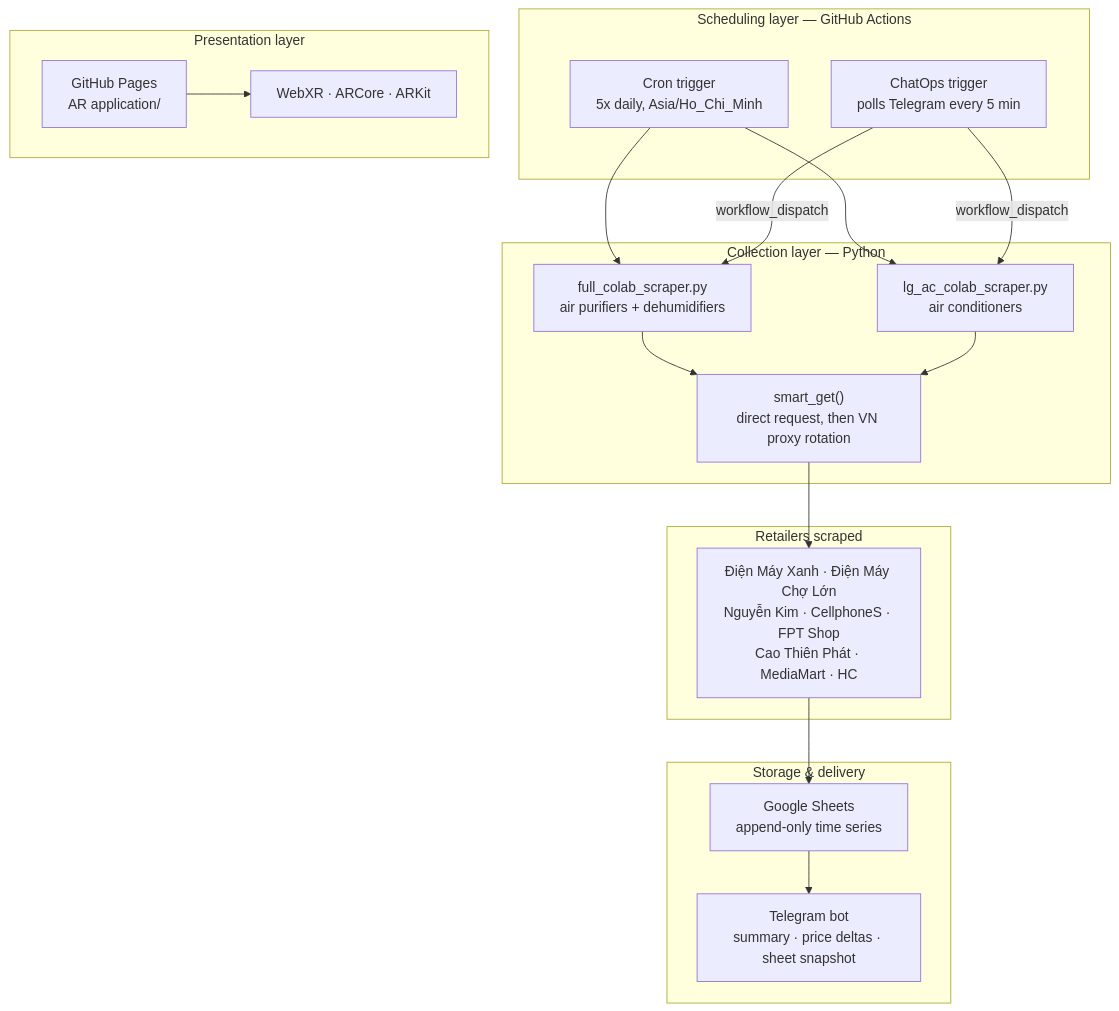
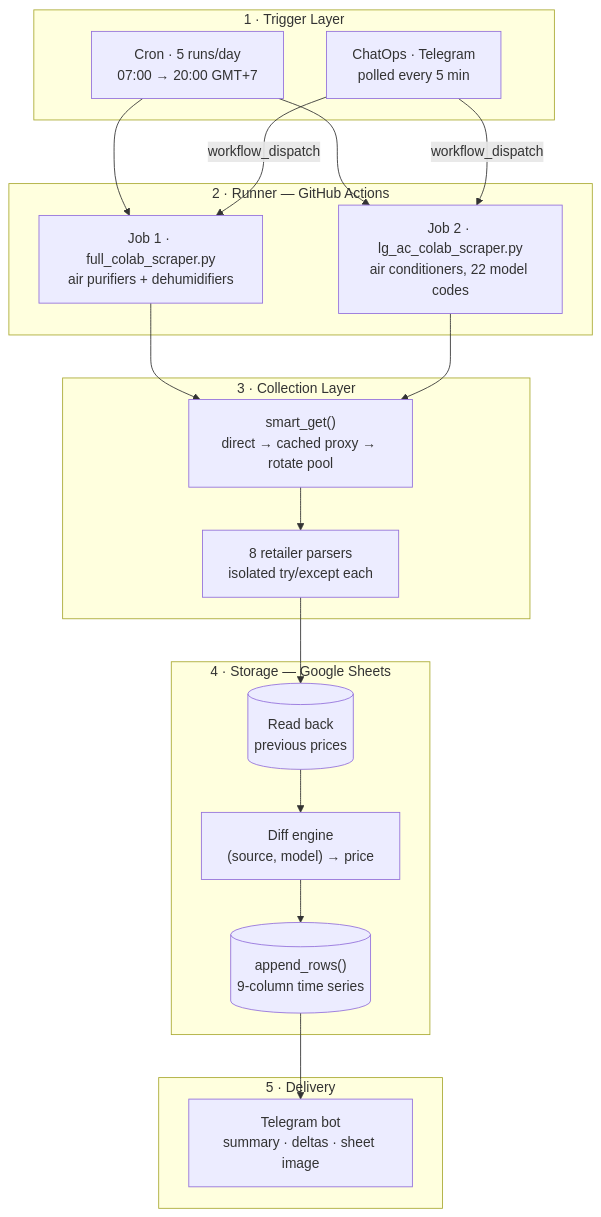
The diagram in README.md (ngtndat/dmx_price_tracker), drawn with Mermaid before and after one commit. The commit also changed other lines of this file and 10 other files, not shown here.

First line of the commit message:
docs: split into two project READMEs with diagrams

````diff
--- a/README.md
+++ b/README.md
@@ -32,34 +20,32 @@
 ```mermaid
-flowchart TB
-    subgraph SCHED["Scheduling layer — GitHub Actions"]
-        CRON["Cron trigger<br/>5x daily, Asia/Ho_Chi_Minh"]
-        CHAT["ChatOps trigger<br/>polls Telegram every 5 min"]
+flowchart TD
+    subgraph T ["1 · Trigger Layer"]
+        CRON["Cron · 5 runs/day<br/>07:00 → 20:00 GMT+7"]
+        CHAT["ChatOps · Telegram<br/>polled every 5 min"]
     end
 
-    subgraph COLLECT["Collection layer — Python"]
-        S1["full_colab_scraper.py<br/>air purifiers + dehumidifiers"]
-        S2["lg_ac_colab_scraper.py<br/>air conditioners"]
-        NET["smart_get()<br/>direct request, then VN proxy rotation"]
+    subgraph R ["2 · Runner — GitHub Actions"]
+        J1["Job 1 · full_colab_scraper.py<br/>air purifiers + dehumidifiers"]
+        J2["Job 2 · lg_ac_colab_scraper.py<br/>air conditioners, 22 model codes"]
     end
 
-    subgraph RETAIL["Retailers scraped"]
-        R["Điện Máy Xanh · Điện Máy Chợ Lớn<br/>Nguyễn Kim · CellphoneS · FPT Shop<br/>Cao Thiên Phát · MediaMart · HC"]
+    subgraph C ["3 · Collection Layer"]
+        SG["smart_get()<br/>direct → cached proxy → rotate pool"]
+        P["8 retailer parsers<br/>isolated try/except each"]
     end
 
-    subgraph OUT["Storage & delivery"]
-        GS["Google Sheets<br/>append-only time series"]
-        TG["Telegram bot<br/>summary · price deltas · sheet snapshot"]
+    subgraph S ["4 · Storage — Google Sheets"]
+        READ[("Read back<br/>previous prices")]
+        DIFF["Diff engine<br/>(source, model) → price"]
+        APP[("append_rows()<br/>9-column time series")]
     end
 
-    subgraph AR["Presentation layer"]
-        PAGES["GitHub Pages<br/>AR application/"]
-        DEV["WebXR · ARCore · ARKit"]
+    subgraph N ["5 · Delivery"]
+        TG["Telegram bot<br/>summary · deltas · sheet image"]
     end
 
-    CRON --> S1 & S2
-    CHAT -->|workflow_dispatch| S1 & S2
-    S1 & S2 --> NET --> R
-    R --> GS
-    GS --> TG
-    PAGES --> DEV
+    CRON --> J1 & J2
+    CHAT -->|workflow_dispatch| J1 & J2
+    J1 & J2 --> SG --> P
+    P --> READ --> DIFF --> APP --> TG
 ```
````
